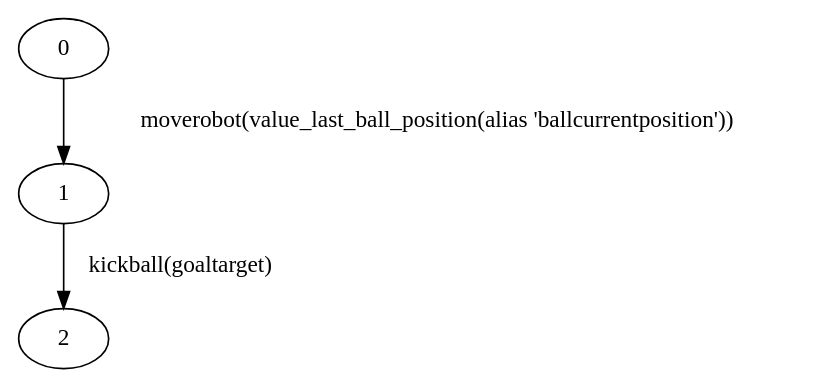
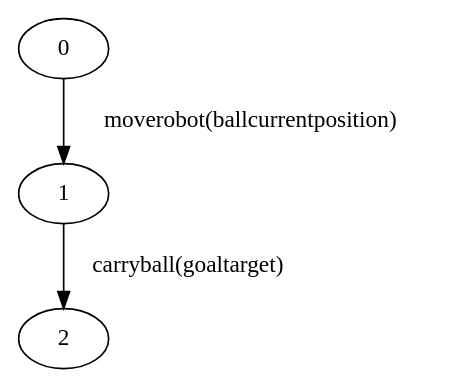
Before and after one commit to EmanueleMusumeci/SPL_RoboCup_Dynamic_Behavior_Generation_From_PDDL_PLTLf_specification_review_version: the diagram in robocup_spl_temporal_goals/experiments/fond_planning_with_conditioning/output/plan_preview/striker_with_battery_conditioning_striker.dot, drawn with Graphviz. The commit also changed 1013 other files, not shown here.

```diff
--- a/robocup_spl_temporal_goals/experiments/fond_planning_with_conditioning/output/plan_preview/striker_with_battery_conditioning_striker.dot
+++ b/robocup_spl_temporal_goals/experiments/fond_planning_with_conditioning/output/plan_preview/striker_with_battery_conditioning_striker.dot
@@ -1,9 +1,9 @@
 strict digraph "" {
 	0	[color=black];
 	1	[color=black];
 	0 -> 1	[color=black,
-		label="moverobot(value_last_ball_position(alias 'ballcurrentposition'))"];
+		label="moverobot(ballcurrentposition)"];
 	2	[color=black];
 	1 -> 2	[color=black,
-		label="kickball(goaltarget)"];
+		label="carryball(goaltarget)"];
 }
```
